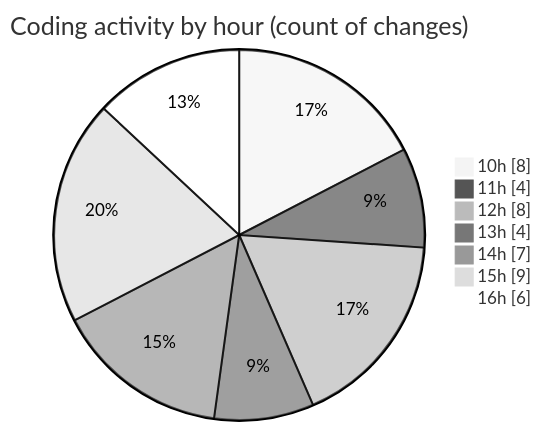
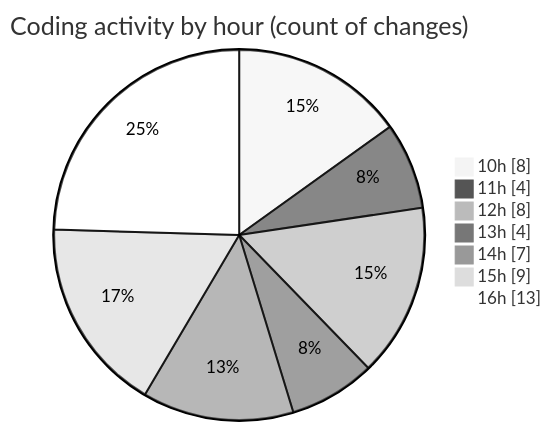
Before and after one commit to nxtqubesakshisongat/code-tracking: the second of 2 diagrams in 2025-08-07/nxtqube_webapp/README.md, drawn with Mermaid (neutral theme). The commit also changed other lines of this file and 1 other file, not shown here.

````diff
--- a/2025-08-07/nxtqube_webapp/README.md
+++ b/2025-08-07/nxtqube_webapp/README.md
@@ -35,11 +35,11 @@
 ```mermaid
 pie showData
 title Coding activity by hour (count of changes)
 "10h" : 8
 "11h" : 4
 "12h" : 8
 "13h" : 4
 "14h" : 7
 "15h" : 9
-"16h" : 6
+"16h" : 13
 ```
````
